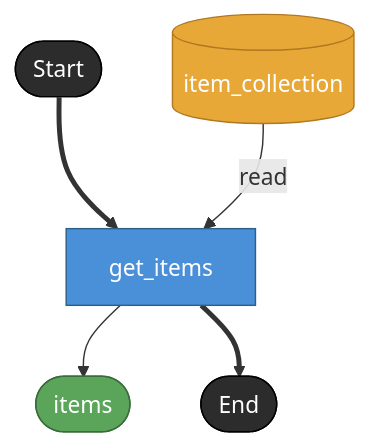
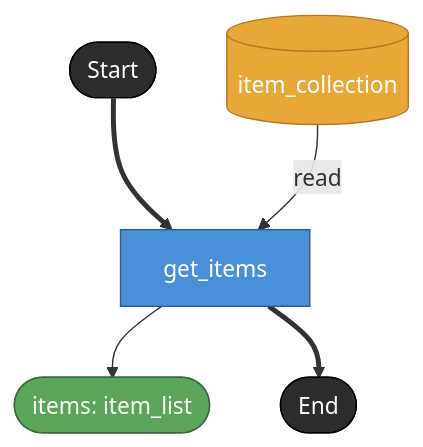
The diagram in docs/uc/001-ec-checkout-flow/renders/catalog/dag-get_items.md (hiroshiasayadev-prog/brewprint), drawn with Mermaid before and after one commit. The commit also changed 18 other files, not shown here.

````diff
--- a/docs/uc/001-ec-checkout-flow/renders/catalog/dag-get_items.md
+++ b/docs/uc/001-ec-checkout-flow/renders/catalog/dag-get_items.md
@@ -9,19 +9,19 @@
 ```mermaid
 flowchart TD
   _start([Start]) ==> get_items[get_items]
 
   item_collection[(item_collection)] -- "read" --> get_items
 
-  get_items --> items([items])
+  get_items --> items([items: item_list])
   get_items ==> _end([End])
 
   classDef taskNode     fill:#4A90D9,stroke:#2C5F8A,color:#fff
   classDef storeNode    fill:#E8A838,stroke:#B07820,color:#fff
   classDef assetNode    fill:#5BA55B,stroke:#3A6B3A,color:#fff
   classDef terminalNode fill:#2C2C2C,stroke:#000,color:#fff
   classDef boundaryNode fill:#2D7D9A,stroke:#1A5068,color:#fff
   class get_items taskNode
   class item_collection storeNode
   class items assetNode
   class _start,_end terminalNode
 ```
````
